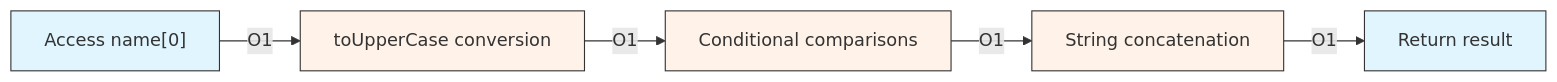
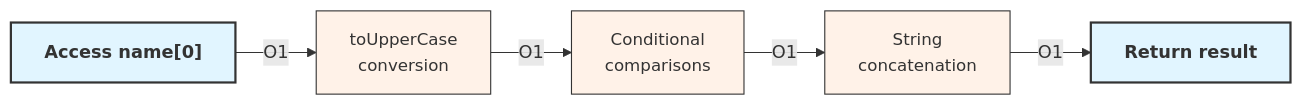
The fourth of 4 diagrams in src/content/posts/generate-signature.md (RadikeCosa/blog-astro), drawn with Mermaid before and after one commit.

Commit message:
mermaid fix

````diff
--- a/src/content/posts/generate-signature.md
+++ b/src/content/posts/generate-signature.md
@@ -130,13 +130,18 @@
 ```mermaid
 graph LR
-    A["Access name[0]"] -->|O1| B["toUpperCase conversion"]
-    B -->|O1| C["Conditional comparisons"]
-    C -->|O1| D["String concatenation"]
+    A["Access name[0]"] -->|O1| B["toUpperCase<br>conversion"]
+    B -->|O1| C["Conditional<br>comparisons"]
+    C -->|O1| D["String<br>concatenation"]
     D -->|O1| E["Return result"]
 
-    style A fill:#e1f5ff, stroke:#333, stroke-width:1px
-    style B fill:#fff2e8, stroke:#333, stroke-width:1px
-    style C fill:#fff2e8, stroke:#333, stroke-width:1px
-    style D fill:#fff2e8, stroke:#333, stroke-width:1px
-    style E fill:#e1f5ff, stroke:#333, stroke-width:1px
+    %% Estilos con fuente más grande
+    style A fill:#e1f5ff, stroke:#333, stroke-width:2px, font-size:16px, font-weight:bold
+    style B fill:#fff2e8, stroke:#333, stroke-width:1px, font-size:15px
+    style C fill:#fff2e8, stroke:#333, stroke-width:1px, font-size:15px
+    style D fill:#fff2e8, stroke:#333, stroke-width:1px, font-size:15px
+    style E fill:#e1f5ff, stroke:#333, stroke-width:2px, font-size:16px, font-weight:bold
+
+    %% Clase para nodos intermedios (opcional)
+    classDef step fill:#fff2e8, stroke:#333, stroke-width:1px, font-size:15px
+    class B,C,D step
 ```
````
